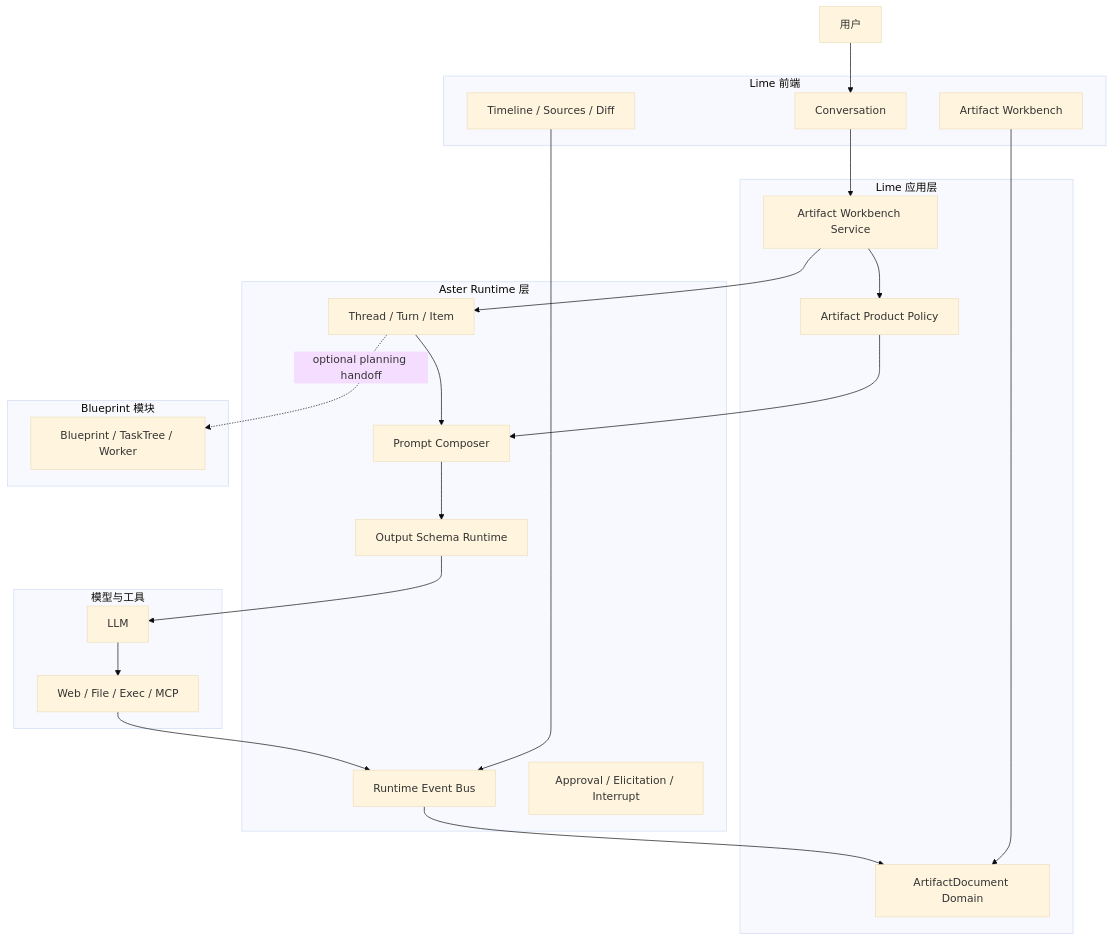
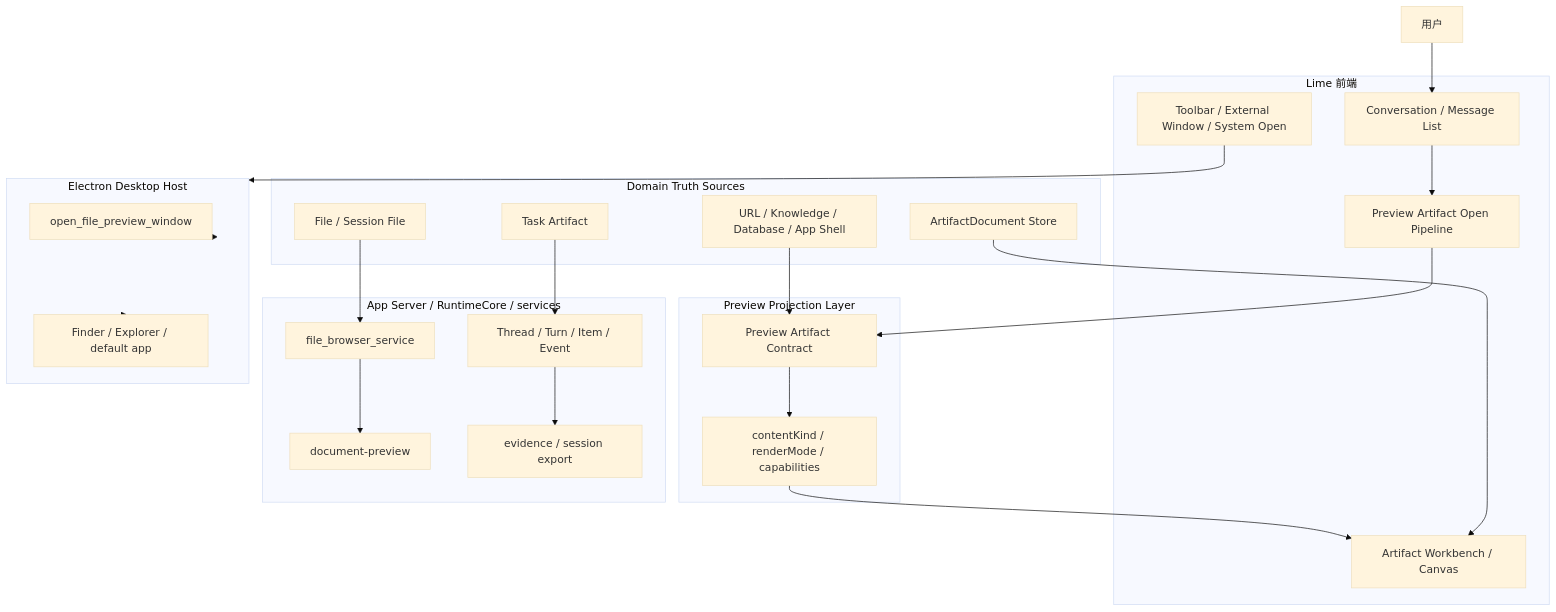
The diagram in internal/roadmap/artifacts/architecture-blueprint.md (jiujuan/lime), drawn with Mermaid (base theme) before and after one commit. The commit also changed other lines of this file and 428 other files, not shown here.

````diff
--- a/internal/roadmap/artifacts/architecture-blueprint.md
+++ b/internal/roadmap/artifacts/architecture-blueprint.md
@@ -73,48 +9,50 @@
 ```mermaid
 flowchart TB
-    User["用户"]
+  User["用户"]
 
-    subgraph FE["Lime 前端"]
-        Conversation["Conversation"]
-        Workbench["Artifact Workbench"]
-        Inspector["Timeline / Sources / Diff"]
-    end
+  subgraph UI["Lime 前端"]
+    Chat["Conversation / Message List"]
+    OpenPipeline["Preview Artifact Open Pipeline"]
+    Workbench["Artifact Workbench / Canvas"]
+    Toolbar["Toolbar / External Window / System Open"]
+  end
 
-    subgraph App["Lime 应用层"]
-        ArtifactDomain["ArtifactDocument Domain"]
-        WorkbenchService["Artifact Workbench Service"]
-        ProductPolicy["Artifact Product Policy"]
-    end
+  subgraph Projection["Preview Projection Layer"]
+    PreviewArtifact["Preview Artifact Contract"]
+    KindResolver["contentKind / renderMode / capabilities"]
+  end
 
-    subgraph Runtime["Aster Runtime 层"]
-        ThreadTurn["Thread / Turn / Item"]
-        PromptComposer["Prompt Composer"]
-        SchemaRuntime["Output Schema Runtime"]
-        EventBus["Runtime Event Bus"]
-        Approval["Approval / Elicitation / Interrupt"]
-    end
+  subgraph Domain["Domain Truth Sources"]
+    File["File / Session File"]
+    Task["Task Artifact"]
+    Doc["ArtifactDocument Store"]
+    Url["URL / Knowledge / Database / App Shell"]
+  end
 
-    subgraph Planning["Blueprint 模块"]
-        Blueprint["Blueprint / TaskTree / Worker"]
-    end
+  subgraph Backend["App Server / RuntimeCore / services"]
+    Events["Thread / Turn / Item / Event"]
+    FilePreview["file_browser_service"]
+    DocumentPreview["document-preview"]
+    Evidence["evidence / session export"]
+  end
 
-    subgraph Model["模型与工具"]
-        LLM["LLM"]
-        Tooling["Web / File / Exec / MCP"]
-    end
+  subgraph Host["Electron Desktop Host"]
+    Window["open_file_preview_window"]
+    Shell["Finder / Explorer / default app"]
+  end
 
-    User --> Conversation
-    Conversation --> WorkbenchService
-    Workbench --> ArtifactDomain
-    Inspector --> EventBus
-    WorkbenchService --> ProductPolicy
-    WorkbenchService --> ThreadTurn
-    ProductPolicy --> PromptComposer
-    ThreadTurn --> PromptComposer
-    PromptComposer --> SchemaRuntime
-    SchemaRuntime --> LLM
-    LLM --> Tooling
-    Tooling --> EventBus
-    EventBus --> ArtifactDomain
-    ThreadTurn -. optional planning handoff .-> Blueprint
+  User --> Chat
+  Chat --> OpenPipeline
+  OpenPipeline --> PreviewArtifact
+  PreviewArtifact --> KindResolver
+  KindResolver --> Workbench
+  Toolbar --> Host
+  File --> FilePreview
+  FilePreview --> DocumentPreview
+  Task --> Events
+  Doc --> Workbench
+  Url --> PreviewArtifact
+  Events --> Evidence
+  Host --> Window
+  Host --> Shell
 ```
````
